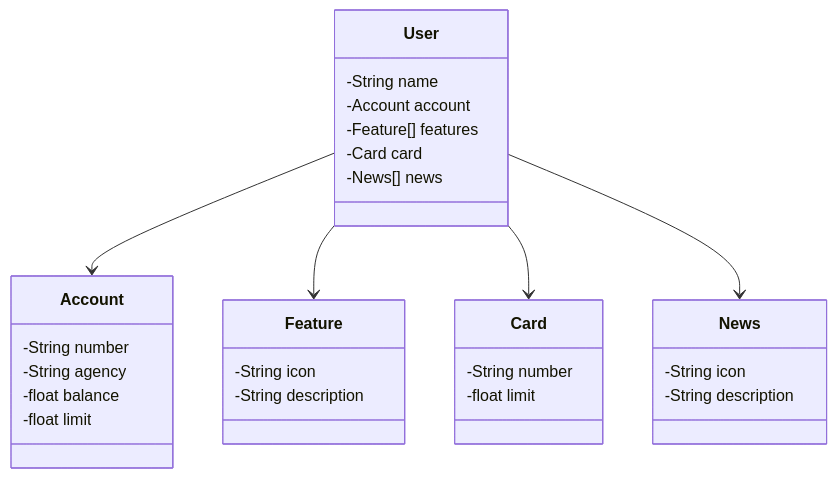
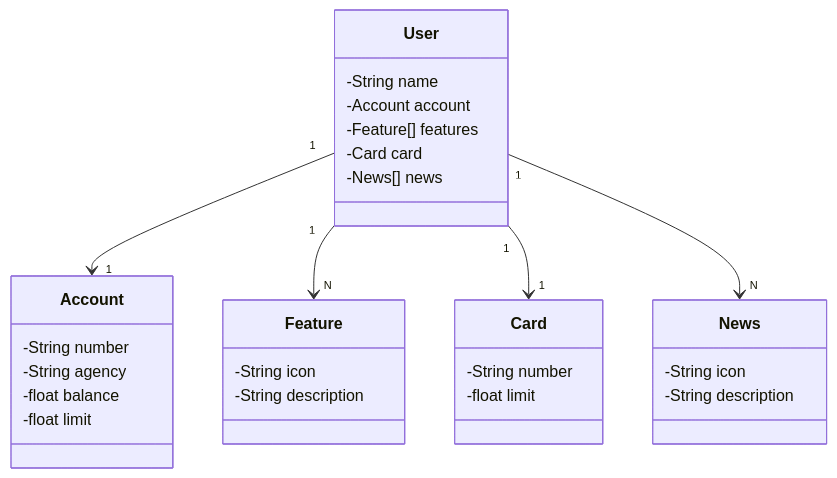
The diagram in README.md (AOlindo/bootcamp-dev-santander), drawn with Mermaid before and after one commit.

Commit message:
Update README.md
relacionamentos das classes

````diff
--- a/README.md
+++ b/README.md
@@ -6,37 +6,37 @@
 ```mermaid
 classDiagram
     class User {
         -String name
         -Account account
         -Feature[] features
         -Card card
         -News[] news
     }
     
     class Account {
         -String number
         -String agency
         -float balance
         -float limit
     }
     
     class Feature {
         -String icon
         -String description
     }
     
     class Card {
         -String number
         -float limit
     }
     
     class News {
         -String icon
         -String description
     }
     
-    User --> Account : 
-    User --> Feature : 
-    User --> Card : 
-    User --> News : 
+    User "1"-->"1" Account : 
+    User "1" --> "N" Feature : 
+    User "1" --> "1" Card : 
+    User "1" --> "N" News : 
 ```
````
